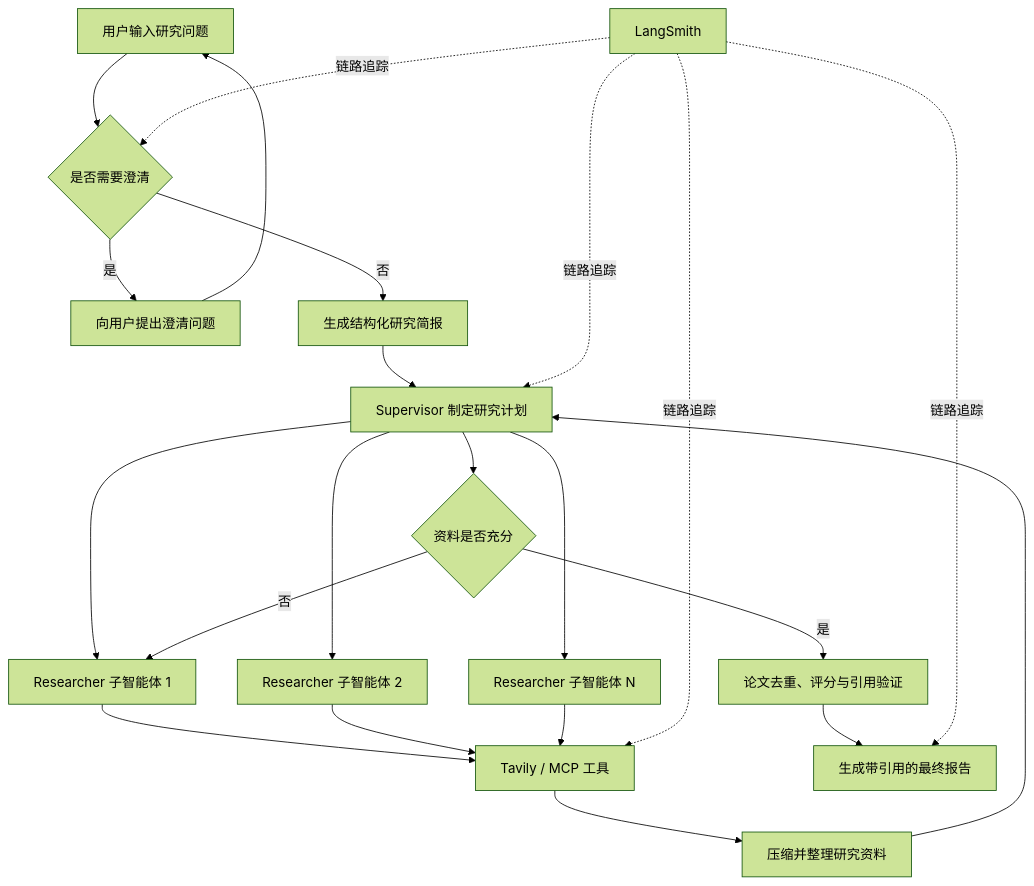
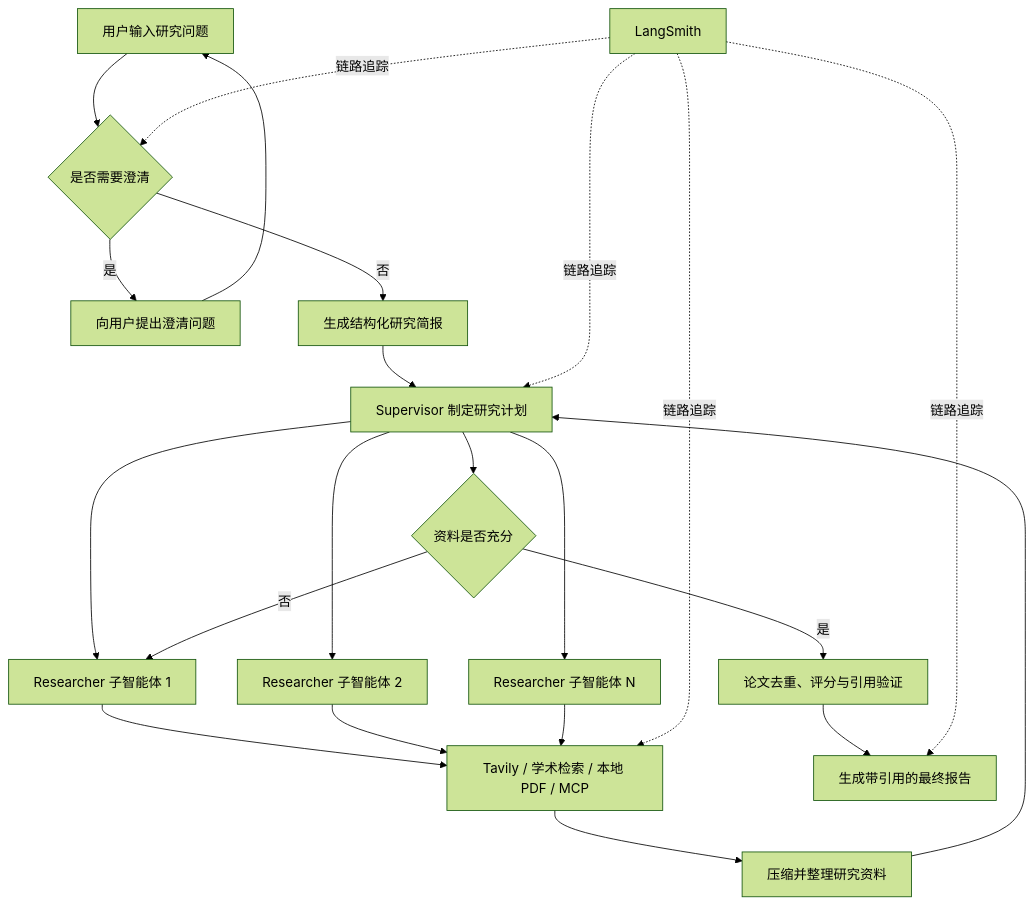
The diagram in README.md (lyx001124/deep_research), drawn with Mermaid (forest theme) before and after one commit. The commit also changed other lines of this file, not shown here.

Commit message:
docs: update local PDF RAG testing guide

````diff
--- a/README.md
+++ b/README.md
@@ -23,25 +24,25 @@
 ```mermaid
 flowchart TD
     A[用户输入研究问题] --> B{是否需要澄清}
     B -- 是 --> C[向用户提出澄清问题]
     C --> A
     B -- 否 --> D[生成结构化研究简报]
     D --> E[Supervisor 制定研究计划]
     E --> F1[Researcher 子智能体 1]
     E --> F2[Researcher 子智能体 2]
     E --> F3[Researcher 子智能体 N]
-    F1 --> G[Tavily / MCP 工具]
+    F1 --> G[Tavily / 学术检索 / 本地 PDF / MCP]
     F2 --> G
     F3 --> G
     G --> H[压缩并整理研究资料]
     H --> E
     E --> I{资料是否充分}
     I -- 否 --> F1
     I -- 是 --> J[论文去重、评分与引用验证]
     J --> K[生成带引用的最终报告]
 
     L[LangSmith] -. 链路追踪 .-> B
     L -. 链路追踪 .-> E
     L -. 链路追踪 .-> G
     L -. 链路追踪 .-> K
 ```
````
